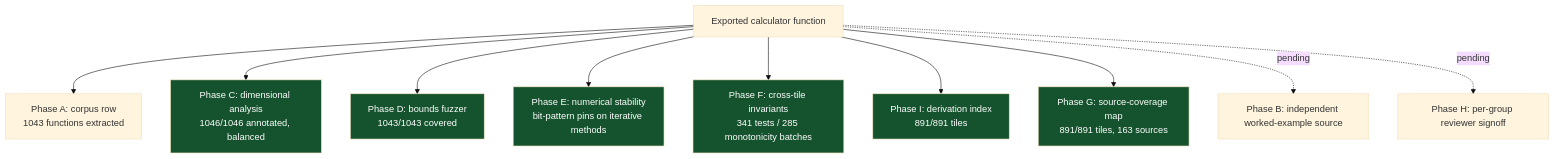
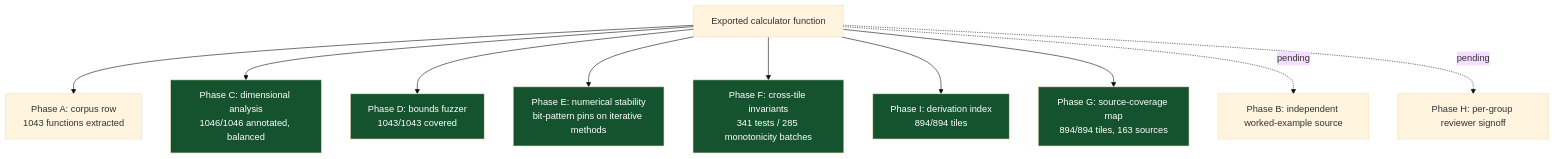
The sixth of 8 diagrams in README.md (clay-good/roughlogic.com), drawn with Mermaid (base theme) before and after one commit. The commit also changed other lines of this file and 20 other files, not shown here.

````diff
--- a/README.md
+++ b/README.md
@@ -519,18 +519,18 @@
 ```mermaid
 flowchart TB
     F[Exported calculator function] --> A[Phase A: corpus row\n1043 functions extracted]
     F --> C[Phase C: dimensional analysis\n1046/1046 annotated, balanced]
     F --> D[Phase D: bounds fuzzer\n1043/1043 covered]
     F --> E[Phase E: numerical stability\nbit-pattern pins on iterative methods]
     F --> Fa[Phase F: cross-tile invariants\n341 tests / 285 monotonicity batches]
-    F --> I[Phase I: derivation index\n891/891 tiles]
-    F --> G[Phase G: source-coverage map\n891/891 tiles, 163 sources]
+    F --> I[Phase I: derivation index\n894/894 tiles]
+    F --> G[Phase G: source-coverage map\n894/894 tiles, 163 sources]
     F -.pending.-> B[Phase B: independent worked-example source]
     F -.pending.-> H[Phase H: per-group reviewer signoff]
     style C fill:#14532d,color:#fff
     style D fill:#14532d,color:#fff
     style E fill:#14532d,color:#fff
     style Fa fill:#14532d,color:#fff
     style G fill:#14532d,color:#fff
     style I fill:#14532d,color:#fff
 ```
````
